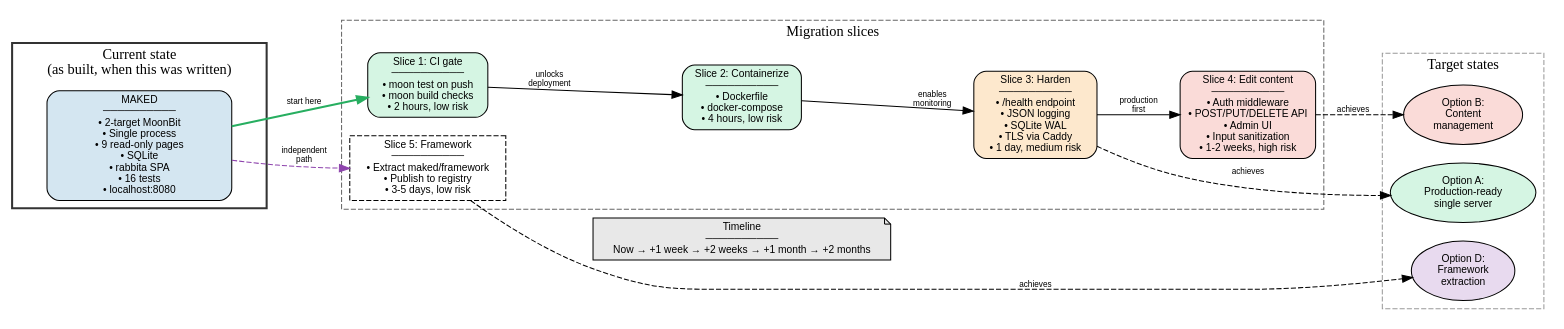
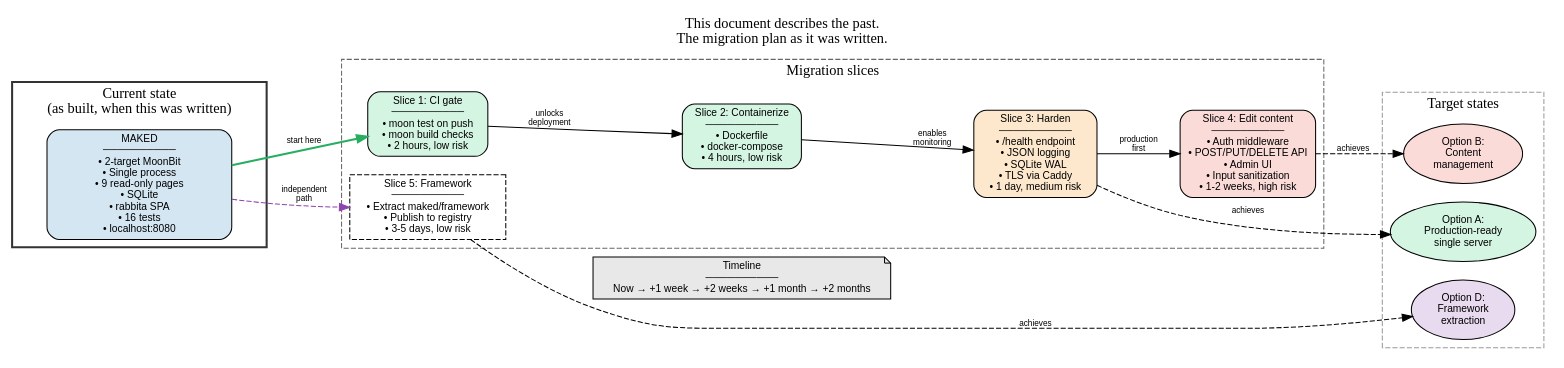
The diagram in architecture/evolution.dot (riantr/MAKED), drawn with Graphviz before and after one commit. The commit also changed 4 other files, not shown here.

```diff
--- a/architecture/evolution.dot
+++ b/architecture/evolution.dot
@@ -1,106 +1,119 @@
 // MAKED Evolution Roadmap &mdash; Graphviz DOT
 // Skill: evolution-planner + graphviz
+//
+// This document describes the past.
+//
+// It is the migration plan as it was written: the tree as it stood when
+// the plan was made, and the slices that were supposed to take it
+// somewhere else. Every slice has since been implemented, or deliberately
+// deferred. The reasoning is the point, so the picture is kept as it was
+// drawn -- but read it as history.
+//
+// For the system as it is today, read architecture/system-model.md and the
+// README.
 //
 // Shows the migration slices as a timeline with dependencies.
 // Render: dot -Tsvg evolution.dot -o evolution.svg
 
 digraph maked_evolution {
   rankdir=LR
+  label="This document describes the past.\nThe migration plan as it was written."
+  labelloc="t"
   node [shape=box, style="rounded,filled", fontname="Helvetica", fontsize=10]
   edge [fontname="Helvetica", fontsize=8]
 
   // --- Current state ---
   //
   // The state as it was when the plan was written. Every slice below has
   // since been implemented; this graph is kept as the reasoning, not as a
   // description of the system today.
   subgraph cluster_current {
     label="Current state\n(as built, when this was written)"
     style=bold
     color="#333333"
     fillcolor="#f9f9f9"
 
     current [
       label="MAKED\n──────────\n• 2-target MoonBit\n• Single process\n• 9 read-only pages\n• SQLite\n• rabbita SPA\n• 16 tests\n• localhost:8080"
       fillcolor="#d4e6f1"
       width=2.5
     ]
   }
 
   // --- Slices ---
   subgraph cluster_slices {
     label="Migration slices"
     style=dashed
     color="#666666"
 
     slice1 [
       label="Slice 1: CI gate\n──────────\n• moon test on push\n• moon build checks\n• 2 hours, low risk"
       fillcolor="#d5f5e3"
     ]
 
     slice2 [
       label="Slice 2: Containerize\n──────────\n• Dockerfile\n• docker-compose\n• 4 hours, low risk"
       fillcolor="#d5f5e3"
     ]
 
     slice3 [
       label="Slice 3: Harden\n──────────\n• /health endpoint\n• JSON logging\n• SQLite WAL\n• TLS via Caddy\n• 1 day, medium risk"
       fillcolor="#fde8cd"
     ]
 
     slice4 [
       label="Slice 4: Edit content\n──────────\n• Auth middleware\n• POST/PUT/DELETE API\n• Admin UI\n• Input sanitization\n• 1-2 weeks, high risk"
       fillcolor="#fadbd8"
     ]
 
     slice5 [
       label="Slice 5: Framework\n──────────\n• Extract maked/framework\n• Publish to registry\n• 3-5 days, low risk"
       fillcolor="#e8daef"
       style=dashed
     ]
   }
 
   // --- Target states ---
   subgraph cluster_targets {
     label="Target states"
     style=dashed
     color="#999999"
 
     target_a [
       label="Option A:\nProduction-ready\nsingle server"
       shape=ellipse
       fillcolor="#d5f5e3"
     ]
 
     target_b [
       label="Option B:\nContent\nmanagement"
       shape=ellipse
       fillcolor="#fadbd8"
     ]
 
     target_d [
       label="Option D:\nFramework\nextraction"
       shape=ellipse
       fillcolor="#e8daef"
     ]
   }
 
   // --- Edges ---
   current -> slice1 [label="start here", penwidth=2, color="#27ae60"]
   slice1 -> slice2 [label="unlocks\ndeployment"]
   slice2 -> slice3 [label="enables\nmonitoring"]
   slice3 -> slice4 [label="production\nfirst"]
   slice3 -> target_a [style=dashed, label="achieves"]
   slice4 -> target_b [style=dashed, label="achieves"]
   current -> slice5 [style=dashed, label="independent\npath", color="#8e44ad"]
   slice5 -> target_d [style=dashed, label="achieves"]
 
   // --- Timeline annotation ---
   timeline [
     label="Timeline\n──────────\nNow → +1 week → +2 weeks → +1 month → +2 months"
     shape=note
     fillcolor="#e8e8e8"
   ]
 
   slice1 -> timeline [style=invis]
 }
```
